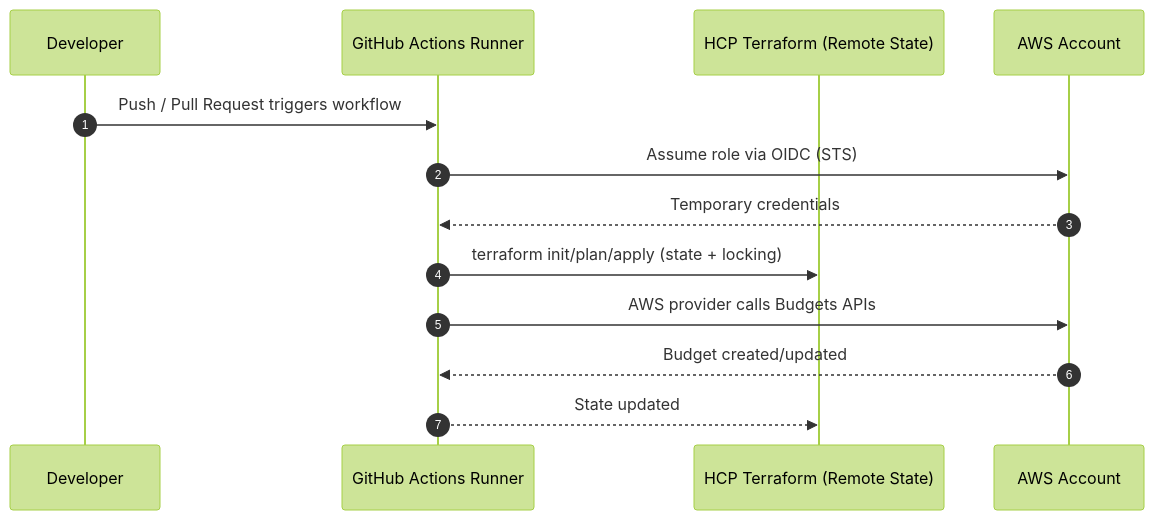
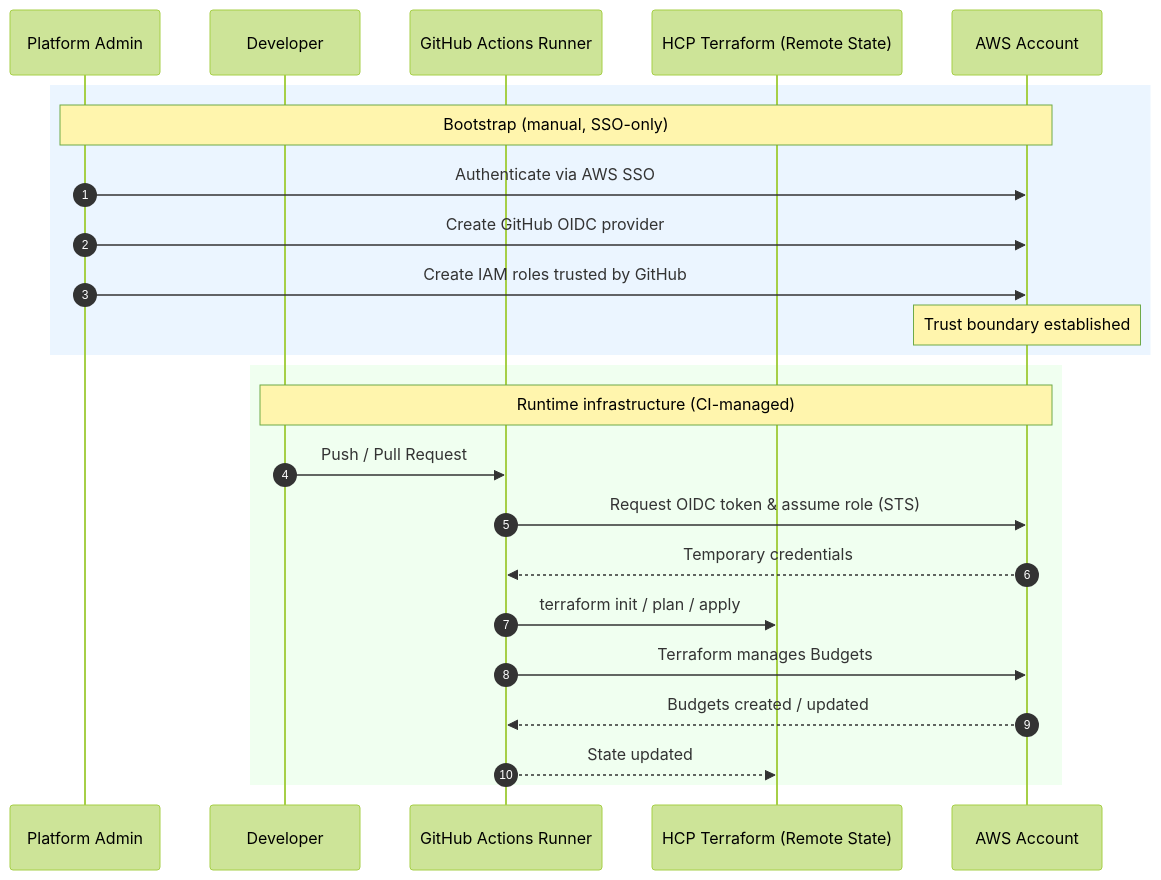
One commit to melosevich/aws-cloud-platform-iac-github-actions changed the diagram in README.md. Above: the diagram before and after it, drawn with Mermaid (forest theme). The commit also changed other lines of this file, not shown here.

Commit message:
docs: improve README.md

````diff
--- a/README.md
+++ b/README.md
@@ -19,16 +19,37 @@
 ```mermaid
 sequenceDiagram
     autonumber
+
+    participant Admin as Platform Admin
     participant Dev as Developer
     participant GH as GitHub Actions Runner
     participant HCP as HCP Terraform (Remote State)
     participant AWS as AWS Account
 
-    Dev->>GH: Push / Pull Request triggers workflow
-    GH->>AWS: Assume role via OIDC (STS)
+    %% -------------------------
+    %% Bootstrap phase (Day 0)
+    %% -------------------------
+    rect rgb(235, 245, 255)
+    note over Admin,AWS: Bootstrap (manual, SSO-only)
+
+    Admin->>AWS: Authenticate via AWS SSO
+    Admin->>AWS: Create GitHub OIDC provider
+    Admin->>AWS: Create IAM roles trusted by GitHub
+    note over AWS: Trust boundary established
+    end
+
+    %% -------------------------
+    %% Runtime phase (Day 1+)
+    %% -------------------------
+    rect rgb(240, 255, 240)
+    note over Dev,AWS: Runtime infrastructure (CI-managed)
+
+    Dev->>GH: Push / Pull Request
+    GH->>AWS: Request OIDC token & assume role (STS)
     AWS-->>GH: Temporary credentials
-    GH->>HCP: terraform init/plan/apply (state + locking)
-    GH->>AWS: AWS provider calls Budgets APIs
-    AWS-->>GH: Budget created/updated
+    GH->>HCP: terraform init / plan / apply
+    GH->>AWS: Terraform manages Budgets
+    AWS-->>GH: Budgets created / updated
     GH-->>HCP: State updated
+    end
 ```
````
